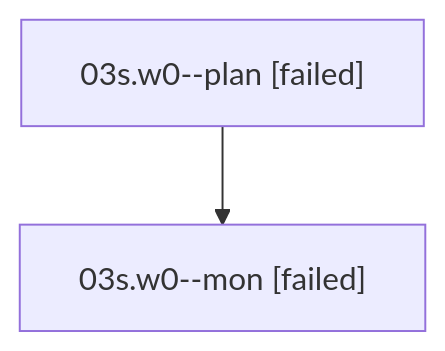
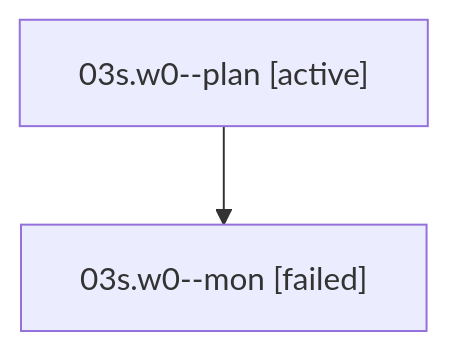
The diagram in families/bbugyi200.athena.03s.w0.md (sase-org/sase--agents), drawn with Mermaid before and after one commit. The commit also changed other lines of this file and 35830 other files, not shown here.

````diff
--- a/families/bbugyi200.athena.03s.w0.md
+++ b/families/bbugyi200.athena.03s.w0.md
@@ -9,6 +9,6 @@
 ```mermaid
 flowchart TD
-  n0["03s.w0--plan [failed]"]
+  n0["03s.w0--plan [active]"]
   n1["03s.w0--mon [failed]"]
   n0 --> n1
 ```
````
